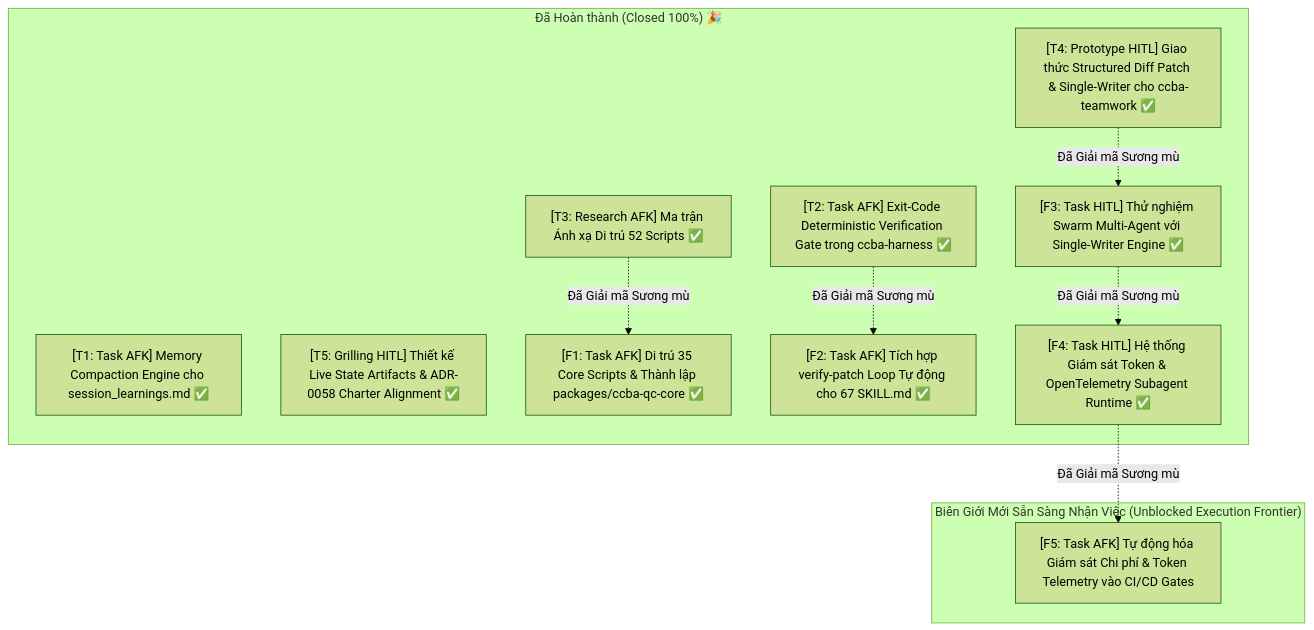
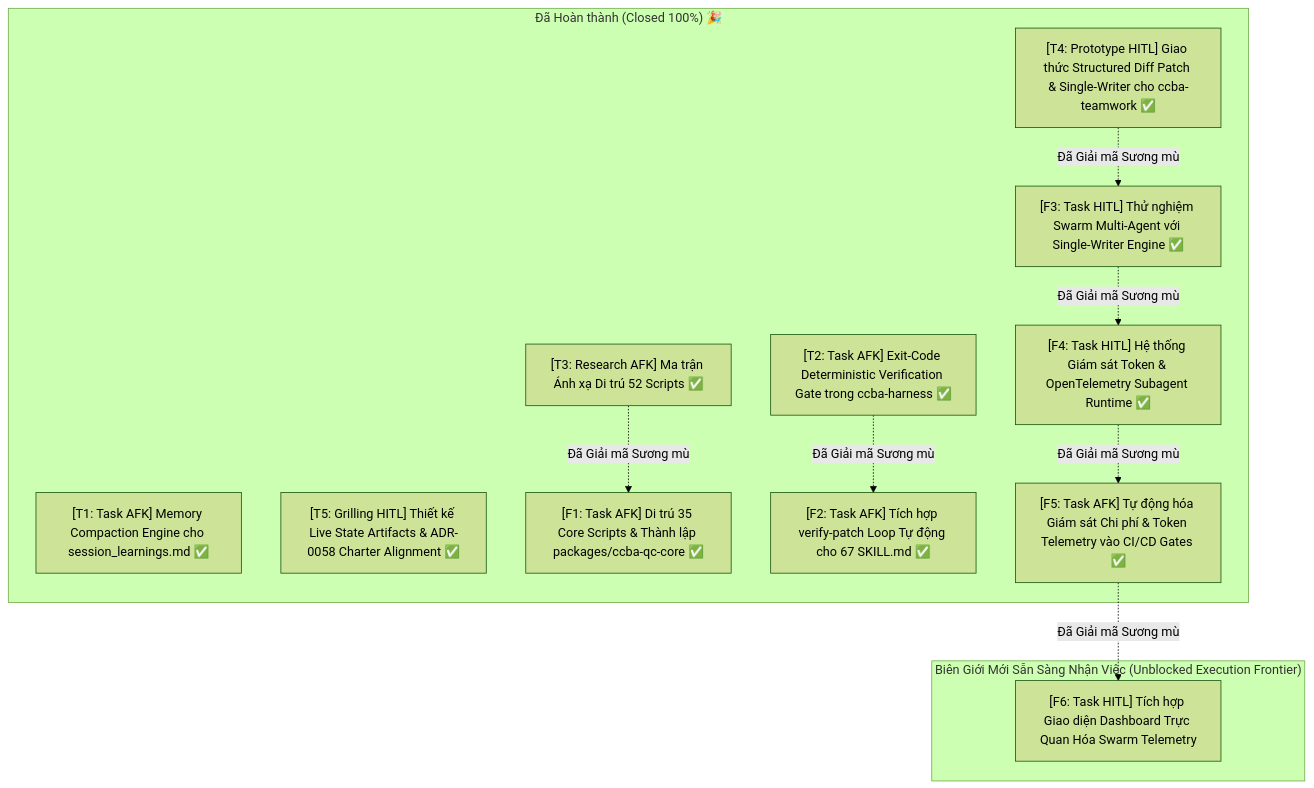
The diagram in .md/wayfinder/ccba-upgrade-roadmap/map.md (vvChu/ccba-agent-platform), drawn with Mermaid (forest theme) before and after one commit. The commit also changed other lines of this file and 11 other files, not shown here.

Commit message:
feat(ci): automate swarm telemetry and integrate 7-gate verification into ci/cd

````diff
--- a/.md/wayfinder/ccba-upgrade-roadmap/map.md
+++ b/.md/wayfinder/ccba-upgrade-roadmap/map.md
@@ -124,24 +124,26 @@
 ```mermaid
 flowchart TD
     subgraph Done ["Đã Hoàn thành (Closed 100%) 🎉"]
         T1["[T1: Task AFK] Memory Compaction Engine cho session_learnings.md ✅"]
         T2["[T2: Task AFK] Exit-Code Deterministic Verification Gate trong ccba-harness ✅"]
         T3["[T3: Research AFK] Ma trận Ánh xạ Di trú 52 Scripts ✅"]
         T4["[T4: Prototype HITL] Giao thức Structured Diff Patch & Single-Writer cho ccba-teamwork ✅"]
         T5["[T5: Grilling HITL] Thiết kế Live State Artifacts & ADR-0058 Charter Alignment ✅"]
         F1["[F1: Task AFK] Di trú 35 Core Scripts & Thành lập packages/ccba-qc-core ✅"]
         F2["[F2: Task AFK] Tích hợp verify-patch Loop Tự động cho 67 SKILL.md ✅"]
         F3["[F3: Task HITL] Thử nghiệm Swarm Multi-Agent với Single-Writer Engine ✅"]
         F4["[F4: Task HITL] Hệ thống Giám sát Token & OpenTelemetry Subagent Runtime ✅"]
+        F5["[F5: Task AFK] Tự động hóa Giám sát Chi phí & Token Telemetry vào CI/CD Gates ✅"]
     end
 
     subgraph Frontier ["Biên Giới Mới Sẵn Sàng Nhận Việc (Unblocked Execution Frontier)"]
-        F5["[F5: Task AFK] Tự động hóa Giám sát Chi phí & Token Telemetry vào CI/CD Gates"]
+        F6["[F6: Task HITL] Tích hợp Giao diện Dashboard Trực Quan Hóa Swarm Telemetry"]
     end
 
     T3 -.->|Đã Giải mã Sương mù| F1
     T2 -.->|Đã Giải mã Sương mù| F2
     T4 -.->|Đã Giải mã Sương mù| F3
     F3 -.->|Đã Giải mã Sương mù| F4
     F4 -.->|Đã Giải mã Sương mù| F5
+    F5 -.->|Đã Giải mã Sương mù| F6
 ```
````
